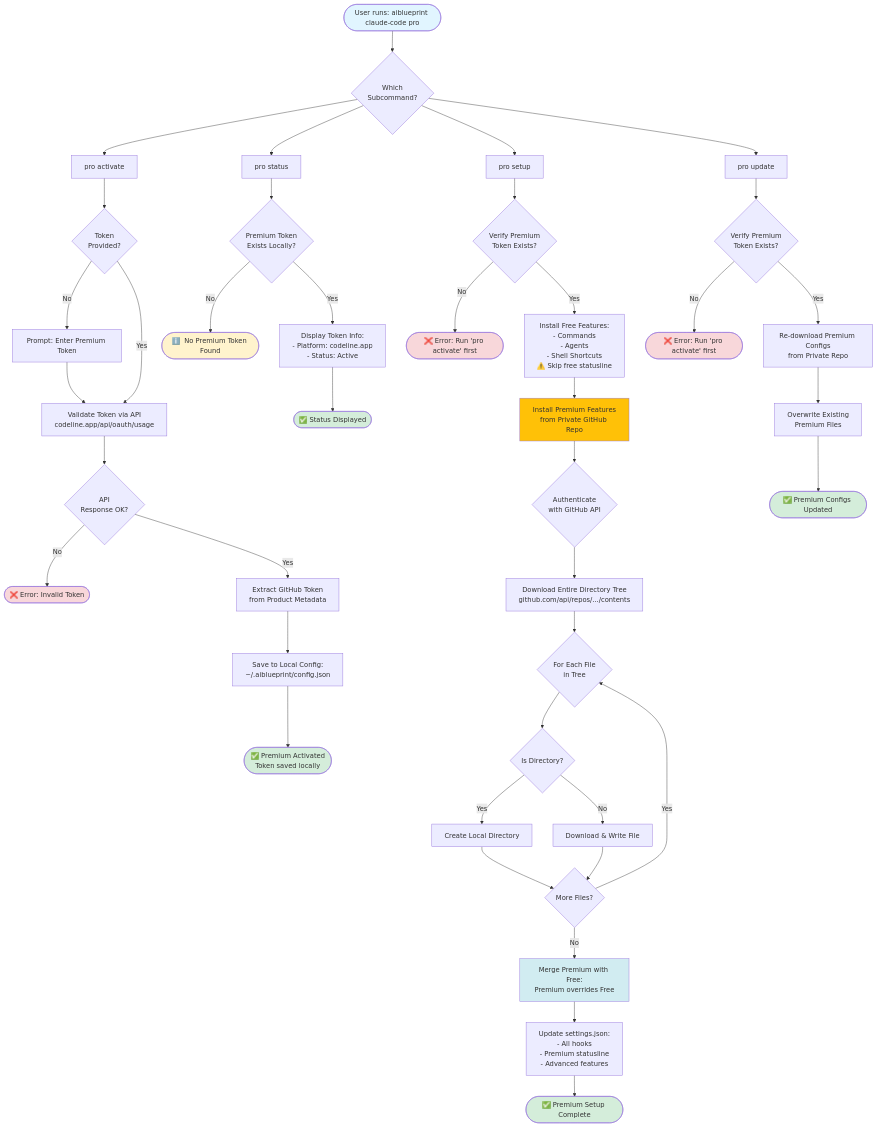
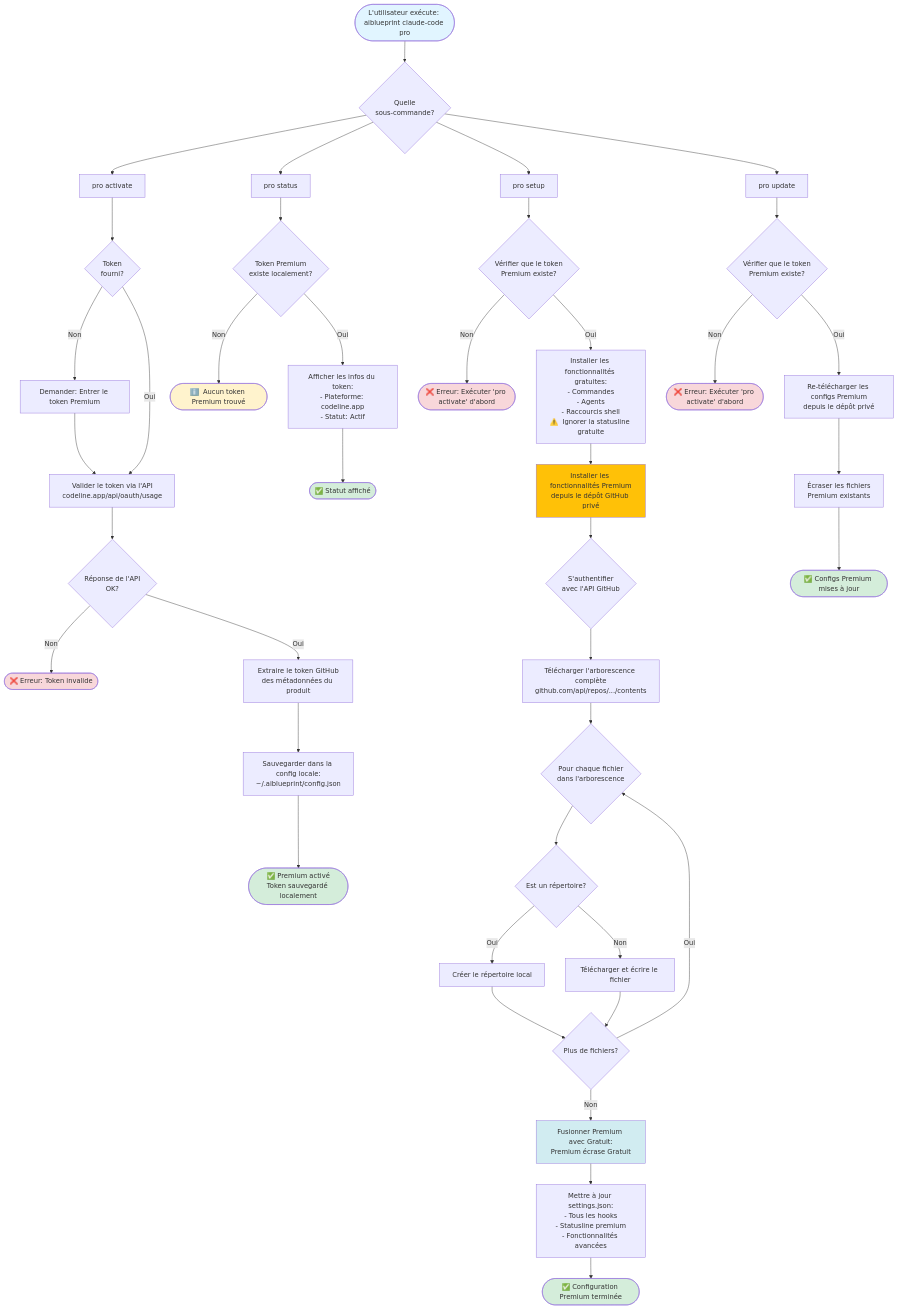
Before and after one commit to TCHINDAJOEL/aiblueprint_test: the diagram in schema/05-pro-command-workflow.md, drawn with Mermaid. The commit also changed other lines of this file and 10 other files, not shown here.

First line of the commit message:
docs: traduire tous les diagrammes de workflow en français

````diff
--- a/schema/05-pro-command-workflow.md
+++ b/schema/05-pro-command-workflow.md
@@ -5,6 +5,6 @@
 ```mermaid
 flowchart TD
-    Start([User runs: aiblueprint claude-code pro]) --> SubCommand{Which<br/>Subcommand?}
+    Start([L'utilisateur exécute: aiblueprint claude-code pro]) --> SubCommand{Quelle<br/>sous-commande?}
 
     SubCommand --> Activate[pro activate]
     SubCommand --> Status[pro status]
@@ -12,68 +12,68 @@
     SubCommand --> Update[pro update]
 
     %% ACTIVATE FLOW
-    Activate --> HasToken{Token<br/>Provided?}
+    Activate --> HasToken{Token<br/>fourni?}
 
-    HasToken -->|No| PromptToken[Prompt: Enter Premium Token]
-    HasToken -->|Yes| ValidateAPI
+    HasToken -->|Non| PromptToken[Demander: Entrer le token Premium]
+    HasToken -->|Oui| ValidateAPI
 
-    PromptToken --> ValidateAPI[Validate Token via API<br/>codeline.app/api/oauth/usage]
+    PromptToken --> ValidateAPI[Valider le token via l'API<br/>codeline.app/api/oauth/usage]
 
-    ValidateAPI --> APICheck{API<br/>Response OK?}
+    ValidateAPI --> APICheck{Réponse de l'API<br/>OK?}
 
-    APICheck -->|No| ErrorInvalid([❌ Error: Invalid Token])
-    APICheck -->|Yes| ExtractGH[Extract GitHub Token<br/>from Product Metadata]
+    APICheck -->|Non| ErrorInvalid([❌ Erreur: Token invalide])
+    APICheck -->|Oui| ExtractGH[Extraire le token GitHub<br/>des métadonnées du produit]
 
-    ExtractGH --> SaveLocal[Save to Local Config:<br/>~/.aiblueprint/config.json]
+    ExtractGH --> SaveLocal[Sauvegarder dans la config locale:<br/>~/.aiblueprint/config.json]
 
-    SaveLocal --> SuccessActivate([✅ Premium Activated<br/>Token saved locally])
+    SaveLocal --> SuccessActivate([✅ Premium activé<br/>Token sauvegardé localement])
 
     %% STATUS FLOW
-    Status --> CheckToken{Premium Token<br/>Exists Locally?}
+    Status --> CheckToken{Token Premium<br/>existe localement?}
 
-    CheckToken -->|No| NoToken([ℹ️  No Premium Token Found])
-    CheckToken -->|Yes| ShowStatus[Display Token Info:<br/>- Platform: codeline.app<br/>- Status: Active]
+    CheckToken -->|Non| NoToken([ℹ️  Aucun token Premium trouvé])
+    CheckToken -->|Oui| ShowStatus[Afficher les infos du token:<br/>- Plateforme: codeline.app<br/>- Statut: Actif]
 
-    ShowStatus --> SuccessStatus([✅ Status Displayed])
+    ShowStatus --> SuccessStatus([✅ Statut affiché])
 
     %% SETUP FLOW
-    Setup --> VerifyToken{Verify Premium<br/>Token Exists?}
+    Setup --> VerifyToken{Vérifier que le token<br/>Premium existe?}
 
-    VerifyToken -->|No| ErrorNoToken([❌ Error: Run 'pro activate' first])
-    VerifyToken -->|Yes| InstallFree[Install Free Features:<br/>- Commands<br/>- Agents<br/>- Shell Shortcuts<br/>⚠️  Skip free statusline]
+    VerifyToken -->|Non| ErrorNoToken([❌ Erreur: Exécuter 'pro activate' d'abord])
+    VerifyToken -->|Oui| InstallFree[Installer les fonctionnalités gratuites:<br/>- Commandes<br/>- Agents<br/>- Raccourcis shell<br/>⚠️  Ignorer la statusline gratuite]
 
-    InstallFree --> InstallPremium[Install Premium Features<br/>from Private GitHub Repo]
+    InstallFree --> InstallPremium[Installer les fonctionnalités Premium<br/>depuis le dépôt GitHub privé]
 
-    InstallPremium --> AuthGH{Authenticate<br/>with GitHub API}
+    InstallPremium --> AuthGH{S'authentifier<br/>avec l'API GitHub}
 
-    AuthGH --> DownloadTree[Download Entire Directory Tree<br/>github.com/api/repos/.../contents]
+    AuthGH --> DownloadTree[Télécharger l'arborescence complète<br/>github.com/api/repos/.../contents]
 
-    DownloadTree --> ProcessFiles{For Each File<br/>in Tree}
+    DownloadTree --> ProcessFiles{Pour chaque fichier<br/>dans l'arborescence}
 
-    ProcessFiles --> IsDir{Is Directory?}
+    ProcessFiles --> IsDir{Est un répertoire?}
 
-    IsDir -->|Yes| CreateDir[Create Local Directory]
-    IsDir -->|No| DownloadFile[Download & Write File]
+    IsDir -->|Oui| CreateDir[Créer le répertoire local]
+    IsDir -->|Non| DownloadFile[Télécharger et écrire le fichier]
 
-    CreateDir --> NextFile{More Files?}
+    CreateDir --> NextFile{Plus de fichiers?}
     DownloadFile --> NextFile
 
-    NextFile -->|Yes| ProcessFiles
-    NextFile -->|No| MergeConfigs[Merge Premium with Free:<br/>Premium overrides Free]
+    NextFile -->|Oui| ProcessFiles
+    NextFile -->|Non| MergeConfigs[Fusionner Premium avec Gratuit:<br/>Premium écrase Gratuit]
 
-    MergeConfigs --> UpdateSettingsPro[Update settings.json:<br/>- All hooks<br/>- Premium statusline<br/>- Advanced features]
+    MergeConfigs --> UpdateSettingsPro[Mettre à jour settings.json:<br/>- Tous les hooks<br/>- Statusline premium<br/>- Fonctionnalités avancées]
 
-    UpdateSettingsPro --> SuccessSetup([✅ Premium Setup Complete])
+    UpdateSettingsPro --> SuccessSetup([✅ Configuration Premium terminée])
 
     %% UPDATE FLOW
-    Update --> VerifyTokenUpdate{Verify Premium<br/>Token Exists?}
+    Update --> VerifyTokenUpdate{Vérifier que le token<br/>Premium existe?}
 
-    VerifyTokenUpdate -->|No| ErrorNoTokenUpdate([❌ Error: Run 'pro activate' first])
-    VerifyTokenUpdate -->|Yes| RedownloadPremium[Re-download Premium Configs<br/>from Private Repo]
+    VerifyTokenUpdate -->|Non| ErrorNoTokenUpdate([❌ Erreur: Exécuter 'pro activate' d'abord])
+    VerifyTokenUpdate -->|Oui| RedownloadPremium[Re-télécharger les configs Premium<br/>depuis le dépôt privé]
 
-    RedownloadPremium --> OverwriteExisting[Overwrite Existing<br/>Premium Files]
+    RedownloadPremium --> OverwriteExisting[Écraser les fichiers<br/>Premium existants]
 
-    OverwriteExisting --> SuccessUpdate([✅ Premium Configs Updated])
+    OverwriteExisting --> SuccessUpdate([✅ Configs Premium mises à jour])
 
     style Start fill:#e1f5ff
     style SuccessActivate fill:#d4edda
````
